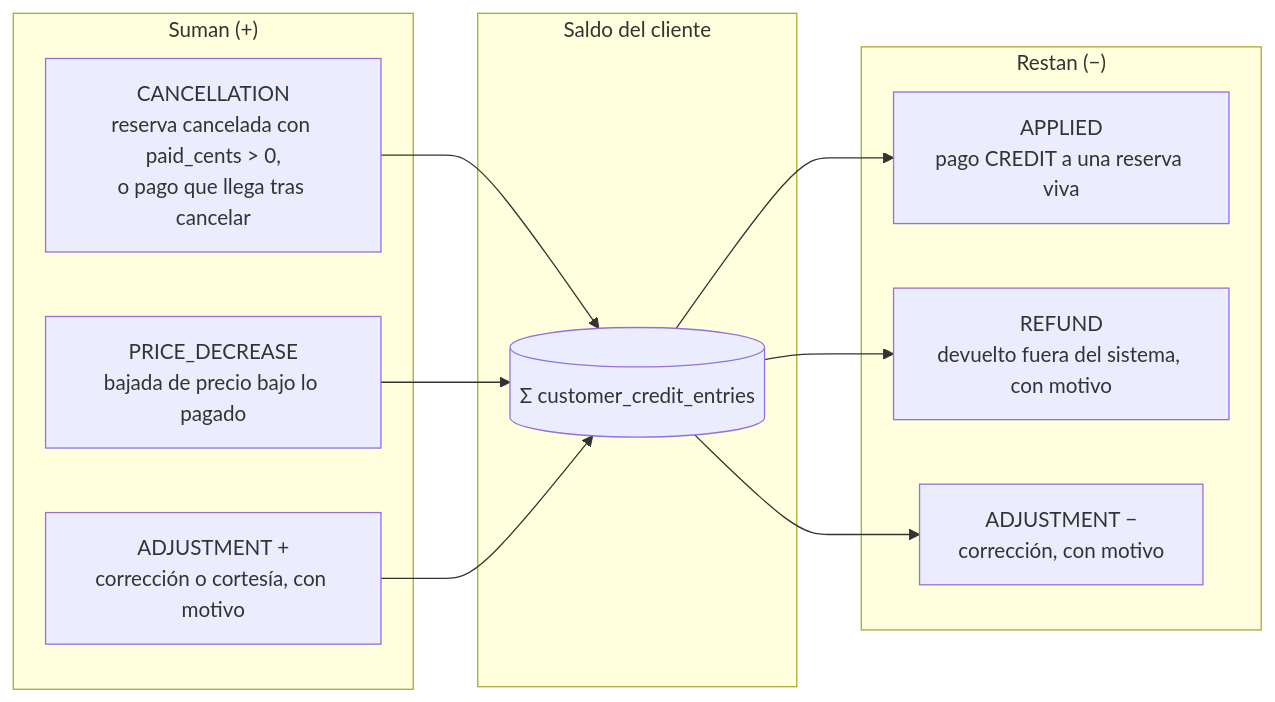
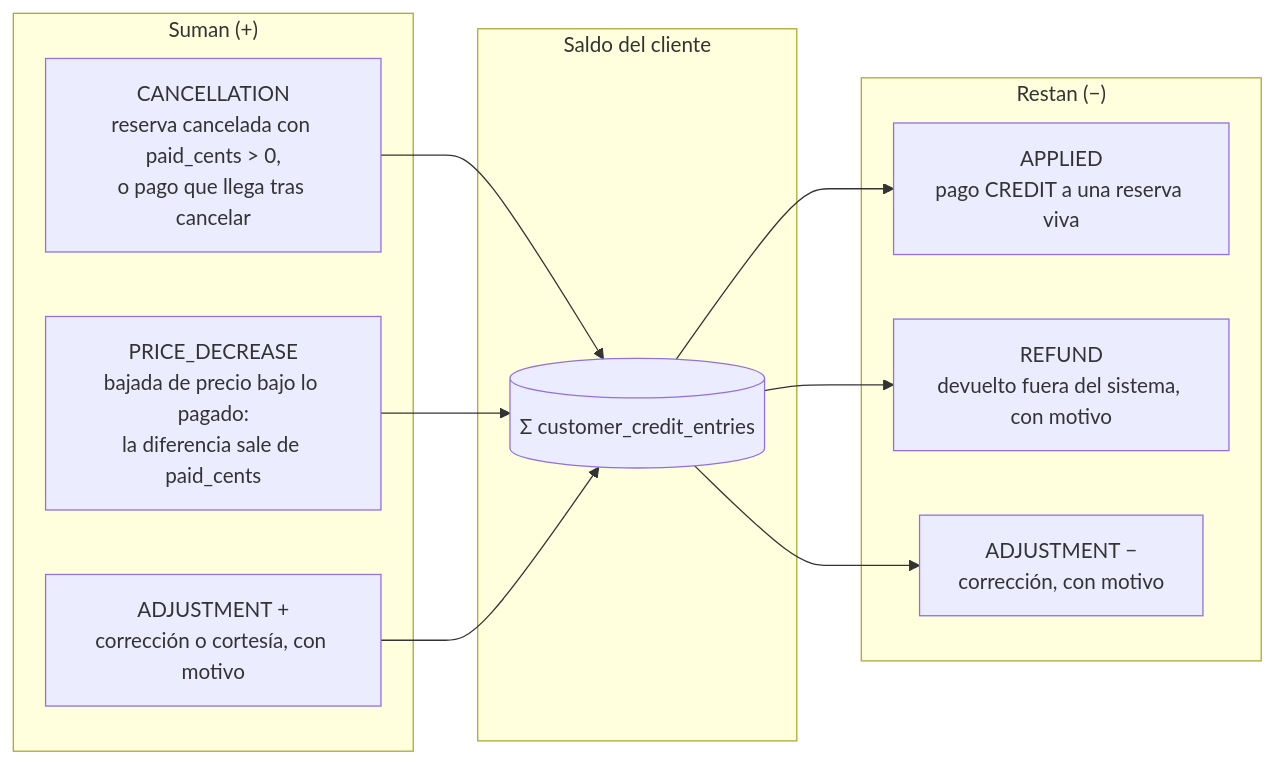
The first of 5 diagrams in docs/diagrams/customer-credit.md (erickgs2/ruta_mochilera), drawn with Mermaid before and after one commit. The commit also changed other lines of this file and 1 other file, not shown here.

First line of the commit message:
docs: complete the phase 2b counter and credit diagrams

````diff
--- a/docs/diagrams/customer-credit.md
+++ b/docs/diagrams/customer-credit.md
@@ -9,22 +9,22 @@
 ```mermaid
 flowchart LR
     subgraph Entradas["Suman (+)"]
         C["CANCELLATION<br/>reserva cancelada con paid_cents > 0,<br/>o pago que llega tras cancelar"]
-        P["PRICE_DECREASE<br/>bajada de precio bajo lo pagado"]
+        P["PRICE_DECREASE<br/>bajada de precio bajo lo pagado:<br/>la diferencia sale de paid_cents"]
         AP["ADJUSTMENT +<br/>corrección o cortesía, con motivo"]
     end
     subgraph Saldo["Saldo del cliente"]
         S[("Σ customer_credit_entries")]
     end
     subgraph Salidas["Restan (−)"]
         A["APPLIED<br/>pago CREDIT a una reserva viva"]
         R["REFUND<br/>devuelto fuera del sistema, con motivo"]
         AN["ADJUSTMENT −<br/>corrección, con motivo"]
     end
     C --> S
     P --> S
     AP --> S
     S --> A
     S --> R
     S --> AN
 ```
````
